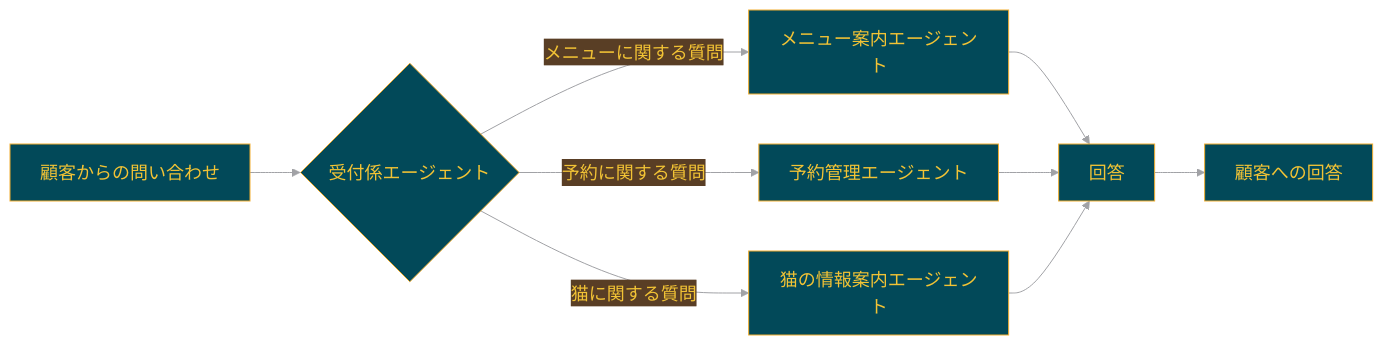
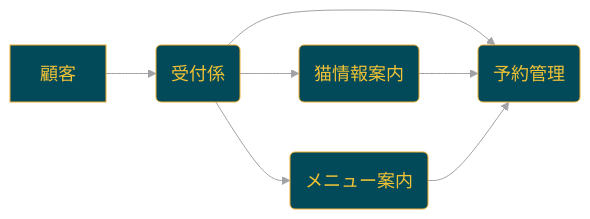
The diagram in README.md (Sunwood-ai-labs/swarm-cat-cafe), drawn with Mermaid before and after one commit.

Commit message:
✨ feat: システム概要図とエージェント間の連携を簡素化
- 顧客対応フローを簡素化し、視覚的に分かりやすく修正しました。
- 不要なエージェントと遷移を削除し、受付係、猫情報案内、メニュー案内、予約管理エージェントの4つに絞り込みました。
- 新しいフロー図で、各エージェントの役割と連携を明確にしました。

````diff
--- a/README.md
+++ b/README.md
@@ -150,17 +150,11 @@
 ```mermaid
 %%{init:{'theme':'base','themeVariables':{'primaryColor':'#024959','primaryTextColor':'#F2C335','primaryBorderColor':'#F2AE30','lineColor':'#A1A2A6','secondaryColor':'#593E25','tertiaryColor':'#F2C335','noteTextColor':'#024959','noteBkgColor':'#F2C335','textColor':'#024959','fontSize':'18px'}}}%%
 
 graph LR
-    A[顧客からの問い合わせ] --> B{受付係エージェント}
-    B -- メニューに関する質問 --> C[メニュー案内エージェント]
-    B -- 予約に関する質問 --> D[予約管理エージェント]
-    B -- 猫に関する質問 --> E[猫の情報案内エージェント]
-    C --> F[回答]
-    D --> F
-    E --> F
-    F --> G[顧客への回答]
-
-    class B,C,D,E agent;
-    class A,G process;
-
+    A[顧客] --> B(受付係)
+    B --> C(猫情報案内)
+    B --> D(メニュー案内)
+    B --> E(予約管理)
+    C --> E
+    D --> E
 ```
````
